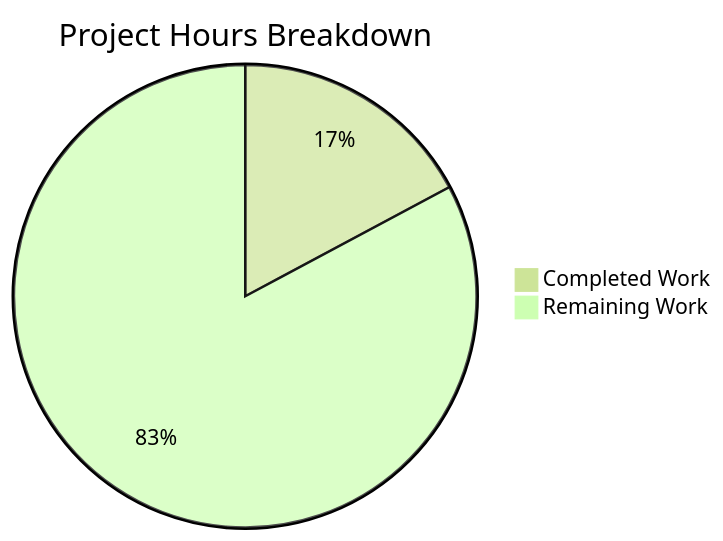
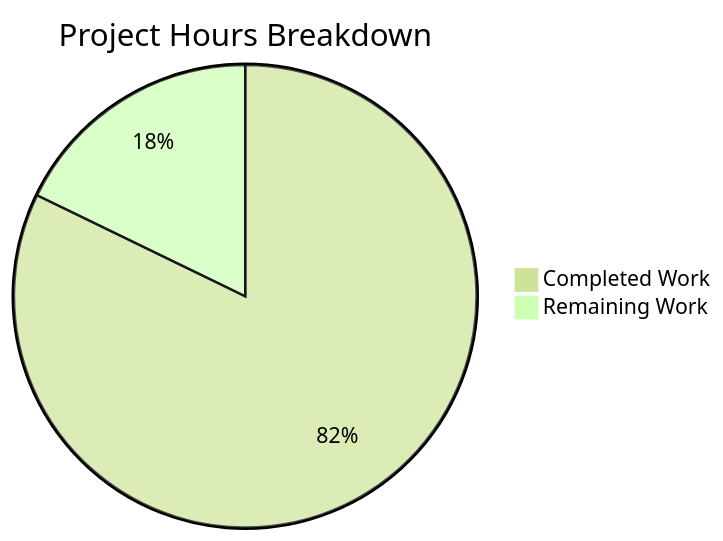
The diagram in blitzy/documentation/Project Guide.md (Blitzy-Sandbox/blitzy-odoo), drawn with Mermaid (forest theme) before and after one commit. The commit also changed other lines of this file, not shown here.

Commit message:
Adding Blitzy Project Guide: Project Status and Human Tasks Remaining

````diff
--- a/blitzy/documentation/Project Guide.md
+++ b/blitzy/documentation/Project Guide.md
@@ -58,5 +105,5 @@
 ```mermaid
 pie title Project Hours Breakdown
-    "Completed Work" : 110
-    "Remaining Work" : 530
+    "Completed Work" : 240
+    "Remaining Work" : 52
 ```
````
